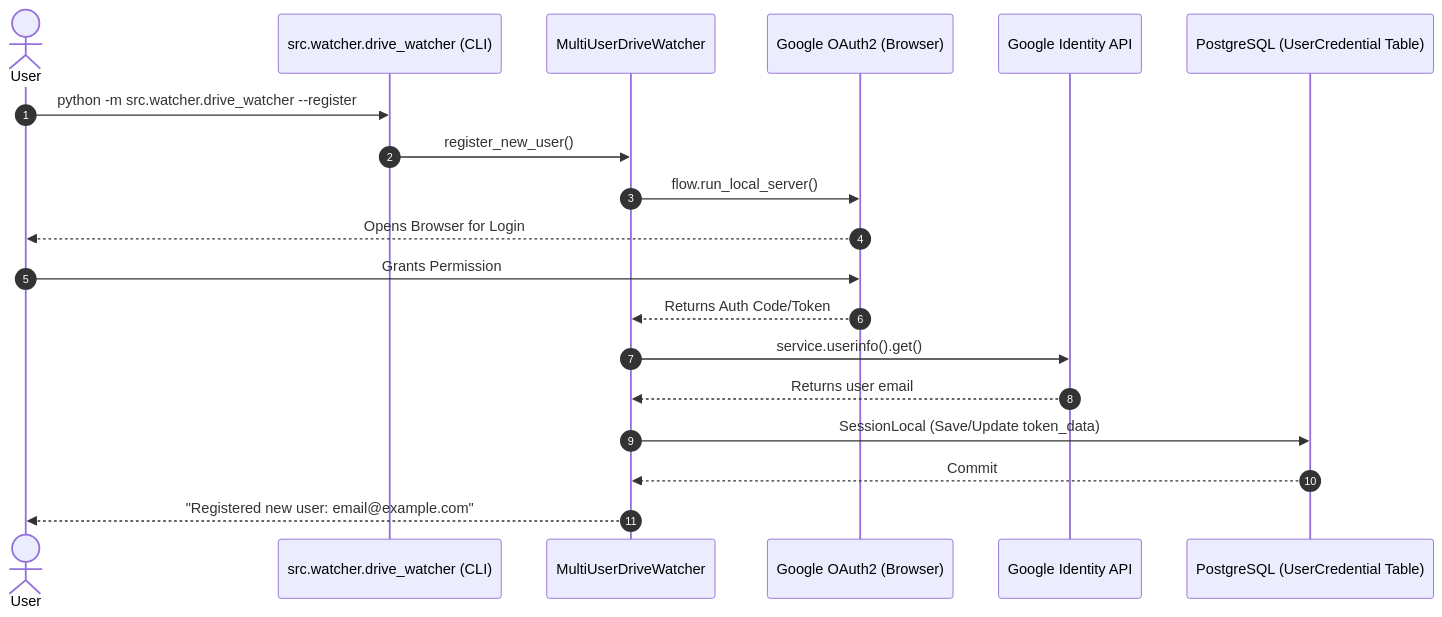
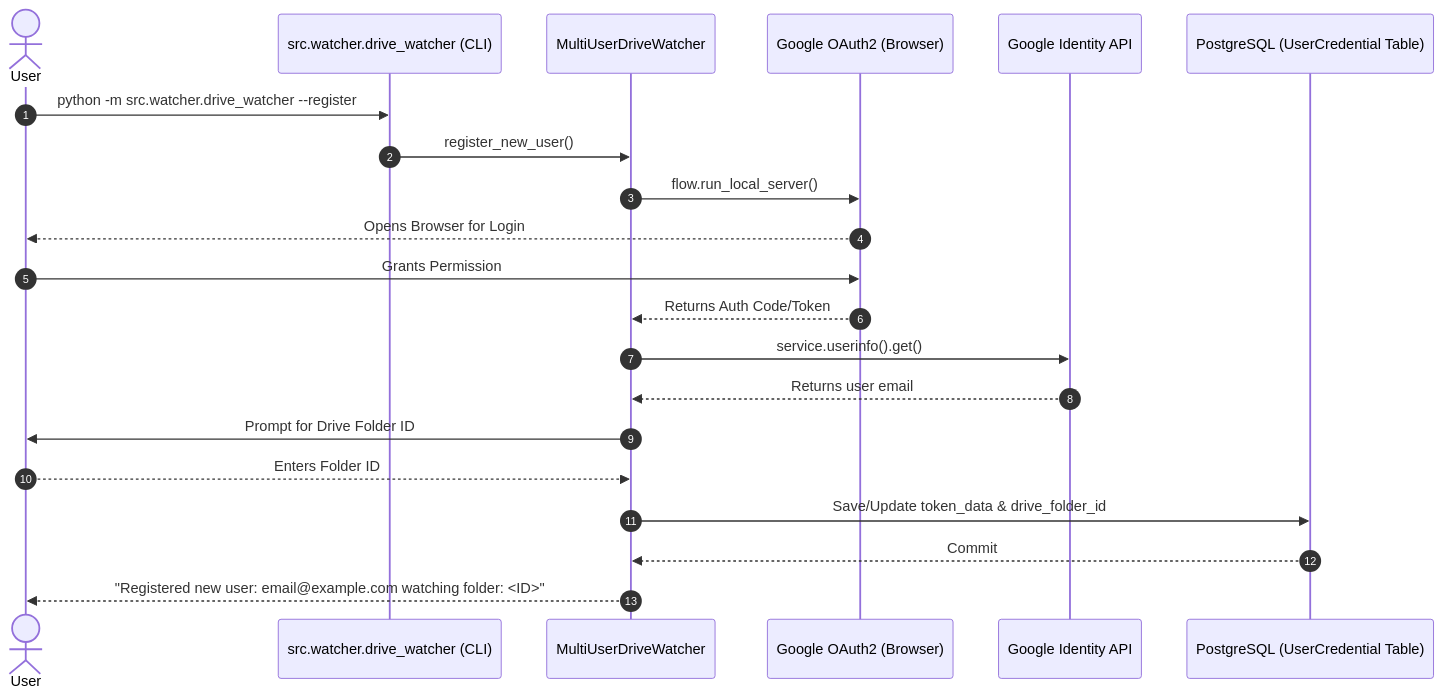
One commit to vinayak912002/AuditBot changed the first of 2 diagrams in diagrams/use_case_overview.md. Above: the diagram before and after it, drawn with Mermaid. The commit also changed other lines of this file and 12 other files, not shown here.

````diff
--- a/diagrams/use_case_overview.md
+++ b/diagrams/use_case_overview.md
@@ -8,22 +8,24 @@
 ```mermaid
 sequenceDiagram
     autonumber
     actor User
     participant CLI as src.watcher.drive_watcher (CLI)
     participant Watcher as MultiUserDriveWatcher
     participant GAuth as Google OAuth2 (Browser)
     participant GAPI as Google Identity API
     participant DB as PostgreSQL (UserCredential Table)
 
     User->>CLI: python -m src.watcher.drive_watcher --register
     CLI->>Watcher: register_new_user()
     Watcher->>GAuth: flow.run_local_server()
     GAuth-->>User: Opens Browser for Login
     User->>GAuth: Grants Permission
     GAuth-->>Watcher: Returns Auth Code/Token
     Watcher->>GAPI: service.userinfo().get()
     GAPI-->>Watcher: Returns user email
-    Watcher->>DB: SessionLocal (Save/Update token_data)
+    Watcher->>User: Prompt for Drive Folder ID
+    User-->>Watcher: Enters Folder ID
+    Watcher->>DB: Save/Update token_data & drive_folder_id
     DB-->>Watcher: Commit
-    Watcher-->>User: "Registered new user: email@example.com"
+    Watcher-->>User: "Registered new user: email@example.com watching folder: <ID>"
 ```
````
